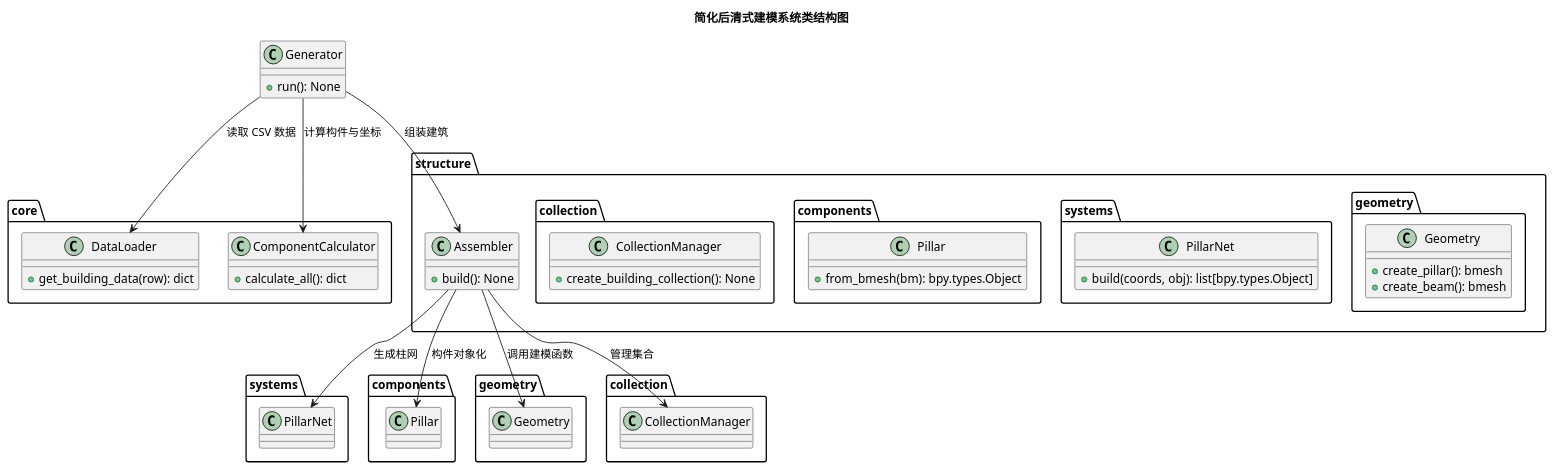
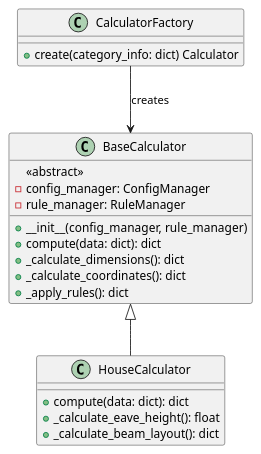
Before and after one commit to dongchun97/test_arch: the diagram in docs/structure-2.puml, drawn with PlantUML. The commit also changed 7 other files, not shown here.

```diff
--- a/docs/structure-2.puml
+++ b/docs/structure-2.puml
@@ -1,58 +1,24 @@
-@startuml
-title 简化后清式建模系统类结构图
 
-package core {
-  class DataLoader {
-    +get_building_data(row): dict
-  }
-
-  class ComponentCalculator {
-    +calculate_all(): dict
-  }
+class CalculatorFactory {
+    +create(category_info: dict) Calculator
 }
 
-package structure {
-  class Assembler {
-    +build(): None
-  }
-
-  package geometry {
-    class Geometry {
-      +create_pillar(): bmesh
-      +create_beam(): bmesh
-    }
-  }
-
-  package systems {
-    class PillarNet {
-      +build(coords, obj): list[bpy.types.Object]
-    }
-  }
-
-  package components {
-    class Pillar {
-      +from_bmesh(bm): bpy.types.Object
-    }
-  }
-
-  package collection {
-    class CollectionManager {
-      +create_building_collection(): None
-    }
-  }
+class BaseCalculator {
+    <<abstract>>
+    -config_manager: ConfigManager
+    -rule_manager: RuleManager
+    +__init__(config_manager, rule_manager)
+    +compute(data: dict): dict
+    +_calculate_dimensions(): dict
+    +_calculate_coordinates(): dict
+    +_apply_rules(): dict
 }
 
-class Generator {
-  +run(): None
+class HouseCalculator {
+    +compute(data: dict): dict
+    +_calculate_eave_height(): float
+    +_calculate_beam_layout(): dict
 }
 
-' ---- 依赖关系 ----
-Generator --> DataLoader : 读取 CSV 数据
-Generator --> ComponentCalculator : 计算构件与坐标
-Generator --> Assembler : 组装建筑
-Assembler --> systems.PillarNet : 生成柱网
-Assembler --> components.Pillar : 构件对象化
-Assembler --> geometry.Geometry : 调用建模函数
-Assembler --> collection.CollectionManager : 管理集合
-
-@enduml
+CalculatorFactory --> BaseCalculator : creates
+BaseCalculator <|-- HouseCalculator
```
